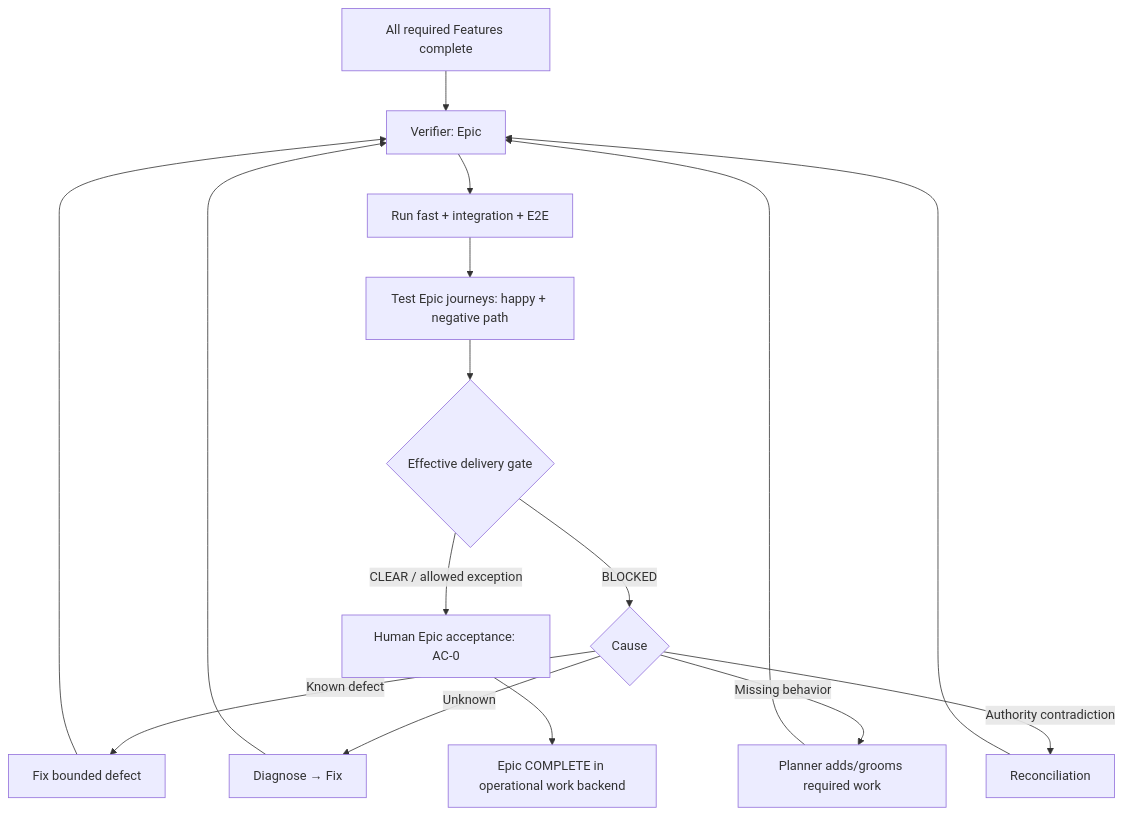
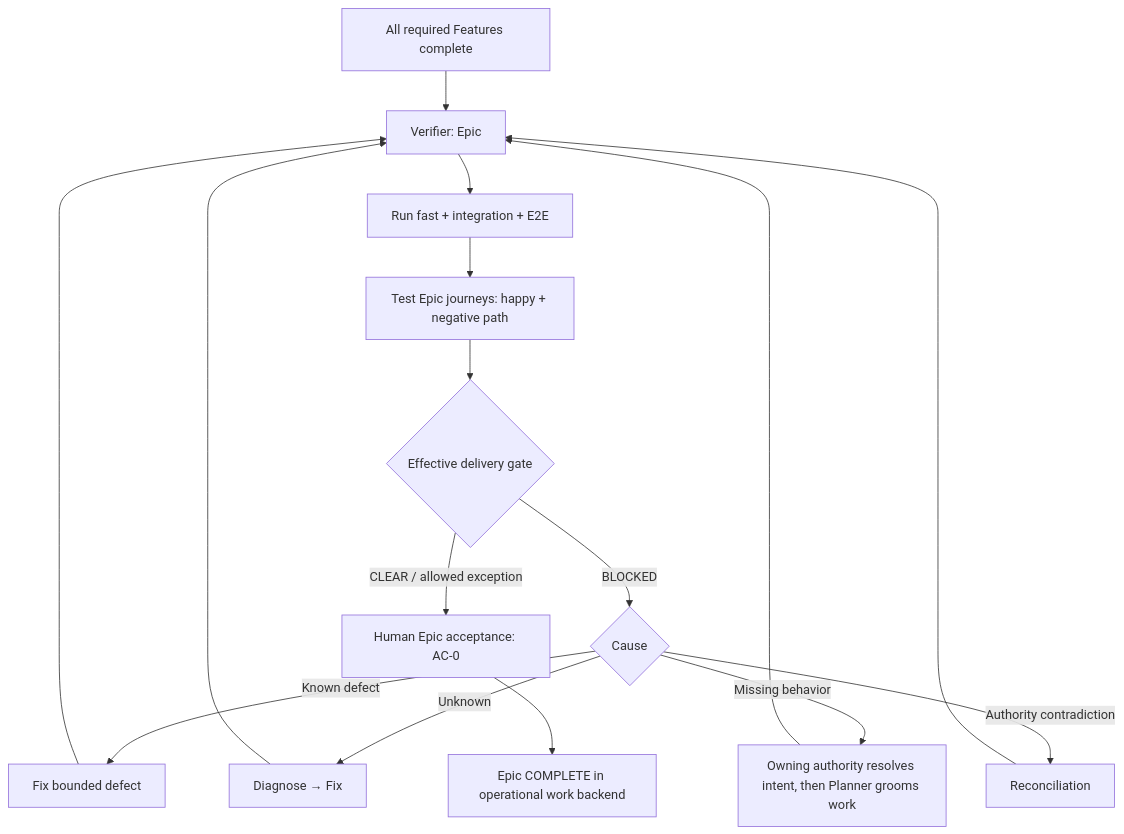
One commit to subhadlearner/SubhForge changed the seventh of 10 diagrams in design/workflow/SUBHFORGE-V0.2-WORKFLOW-CONTRACTS.md. Above: the diagram before and after it, drawn with Mermaid. The commit also changed other lines of this file and 6 other files, not shown here.

````diff
--- a/design/workflow/SUBHFORGE-V0.2-WORKFLOW-CONTRACTS.md
+++ b/design/workflow/SUBHFORGE-V0.2-WORKFLOW-CONTRACTS.md
@@ -771,18 +783,18 @@
 ```mermaid
 flowchart TD
     A[All required Features complete] --> V[Verifier: Epic]
     V --> E[Run fast + integration + E2E]
     E --> J[Test Epic journeys: happy + negative path]
     J --> G{Effective delivery gate}
     G -- BLOCKED --> D{Cause}
     D -- Known defect --> FX[Fix bounded defect]
     D -- Unknown --> DG[Diagnose → Fix]
-    D -- Missing behavior --> NW[Planner adds/grooms required work]
+    D -- Missing behavior --> NW[Owning authority resolves intent, then Planner grooms work]
     D -- Authority contradiction --> RC[Reconciliation]
     FX --> V
     DG --> V
     NW --> V
     RC --> V
     G -- CLEAR / allowed exception --> H[Human Epic acceptance: AC-0]
     H --> C[Epic COMPLETE in operational work backend]
 ```
````
